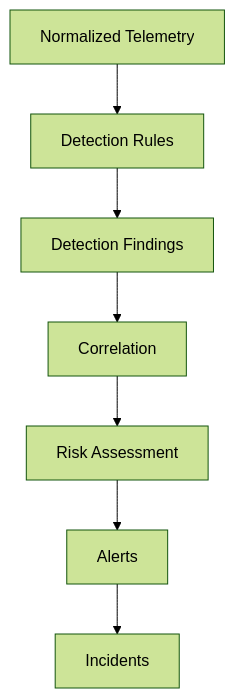
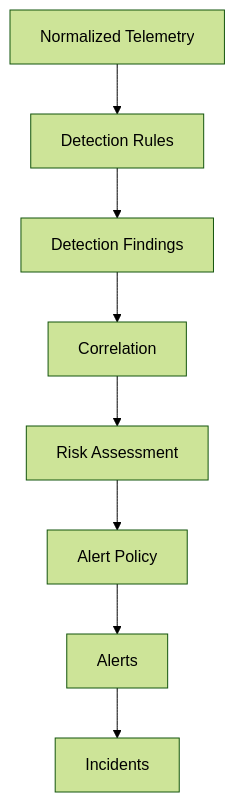
One commit to Hilliam1/Telemetry-Platform changed diagram 21 of 23 in docs/01_System_Architecture.md. Above: the diagram before and after it, drawn with Mermaid (forest theme). The commit also changed other lines of this file and 12 other files, not shown here.

````diff
--- a/docs/01_System_Architecture.md
+++ b/docs/01_System_Architecture.md
@@ -700,9 +702,10 @@
 ```mermaid
 flowchart TD
  A[Normalized Telemetry] --> B[Detection Rules]
  B --> C[Detection Findings]
  C --> D[Correlation]
  D --> E[Risk Assessment]
- E --> F[Alerts]
- F --> G[Incidents]
+ E --> F[Alert Policy]
+ F --> G[Alerts]
+ G --> H[Incidents]
 ```
````
